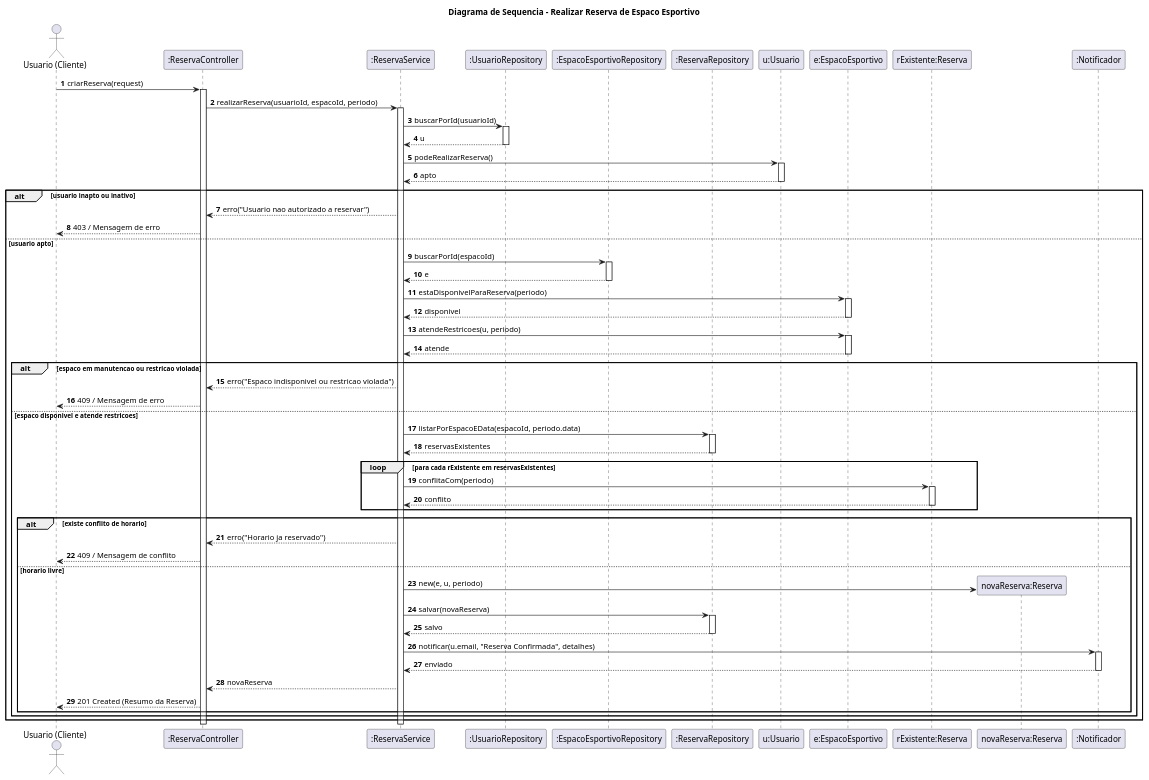
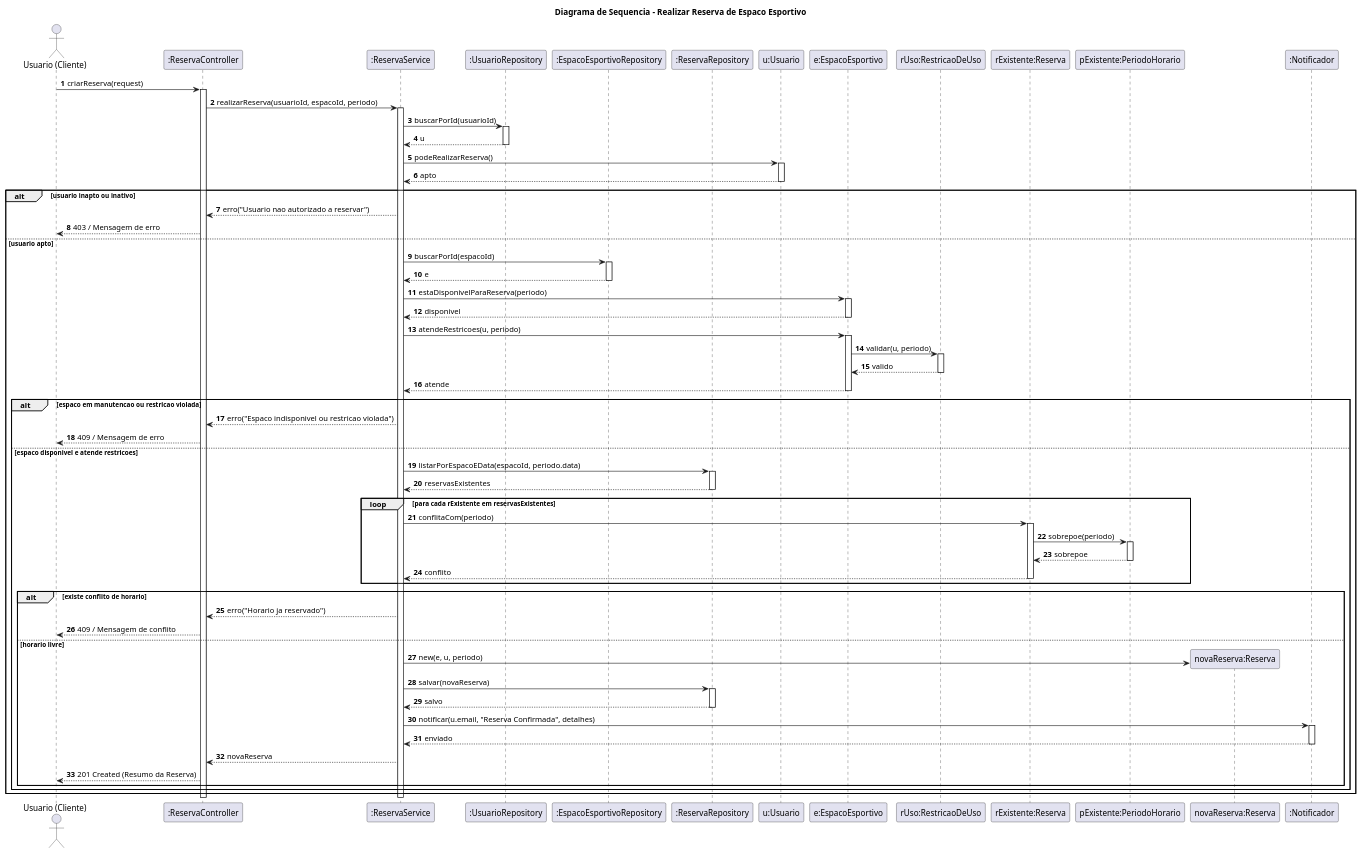
The diagram in docs/diagramas/sequencia-realizar-reserva.puml (tuildes/software-design), drawn with PlantUML before and after one commit. The commit also changed 8 other files, not shown here.

Commit message:
refactor: split monolithic documentation into modular markdown files and plantuml diagrams

```diff
--- a/docs/diagramas/sequencia-realizar-reserva.puml
+++ b/docs/diagramas/sequencia-realizar-reserva.puml
@@ -1,92 +1,102 @@
 @startuml
 title Diagrama de Sequencia - Realizar Reserva de Espaco Esportivo
 autonumber
 
 actor "Usuario (Cliente)" as Cliente
 participant ":ReservaController" as RC
 participant ":ReservaService" as RS
 participant ":UsuarioRepository" as UR
 participant ":EspacoEsportivoRepository" as ER
 participant ":ReservaRepository" as RR
 participant "u:Usuario" as U
 participant "e:EspacoEsportivo" as E
+participant "rUso:RestricaoDeUso" as RU
 participant "rExistente:Reserva" as RE
+participant "pExistente:PeriodoHorario" as PH
 participant "novaReserva:Reserva" as NR
 participant ":Notificador" as N
 
 Cliente -> RC : criarReserva(request)
 activate RC
 
 RC -> RS : realizarReserva(usuarioId, espacoId, periodo)
 activate RS
 
 RS -> UR : buscarPorId(usuarioId)
 activate UR
 UR --> RS : u
 deactivate UR
 
 RS -> U : podeRealizarReserva()
 activate U
 U --> RS : apto
 deactivate U
 
 alt usuario inapto ou inativo
   RS --> RC : erro("Usuario nao autorizado a reservar")
   RC --> Cliente : 403 / Mensagem de erro
 else usuario apto
   RS -> ER : buscarPorId(espacoId)
   activate ER
   ER --> RS : e
   deactivate ER
 
   RS -> E : estaDisponivelParaReserva(periodo)
   activate E
   E --> RS : disponivel
   deactivate E
 
   RS -> E : atendeRestricoes(u, periodo)
   activate E
+  E -> RU : validar(u, periodo)
+  activate RU
+  RU --> E : valido
+  deactivate RU
   E --> RS : atende
   deactivate E
 
   alt espaco em manutencao ou restricao violada
     RS --> RC : erro("Espaco indisponivel ou restricao violada")
     RC --> Cliente : 409 / Mensagem de erro
   else espaco disponivel e atende restricoes
     RS -> RR : listarPorEspacoEData(espacoId, periodo.data)
     activate RR
     RR --> RS : reservasExistentes
     deactivate RR
 
     loop para cada rExistente em reservasExistentes
       RS -> RE : conflitaCom(periodo)
       activate RE
+      RE -> PH : sobrepoe(periodo)
+      activate PH
+      PH --> RE : sobrepoe
+      deactivate PH
       RE --> RS : conflito
       deactivate RE
     end
 
     alt existe conflito de horario
       RS --> RC : erro("Horario ja reservado")
       RC --> Cliente : 409 / Mensagem de conflito
     else horario livre
       create NR
       RS -> NR : new(e, u, periodo)
       RS -> RR : salvar(novaReserva)
       activate RR
       RR --> RS : salvo
       deactivate RR
 
       RS -> N : notificar(u.email, "Reserva Confirmada", detalhes)
       activate N
       N --> RS : enviado
       deactivate N
 
       RS --> RC : novaReserva
       RC --> Cliente : 201 Created (Resumo da Reserva)
     end
   end
 end
 
 deactivate RS
 deactivate RC
 @enduml
```
